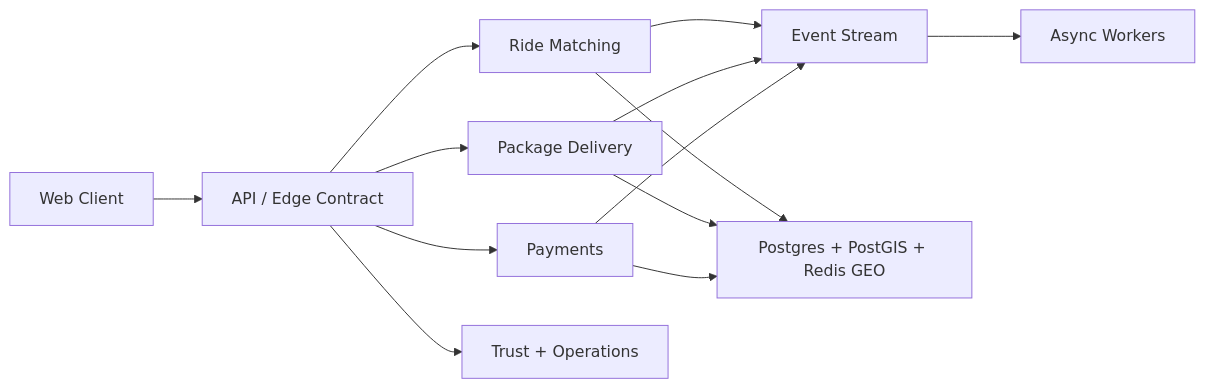
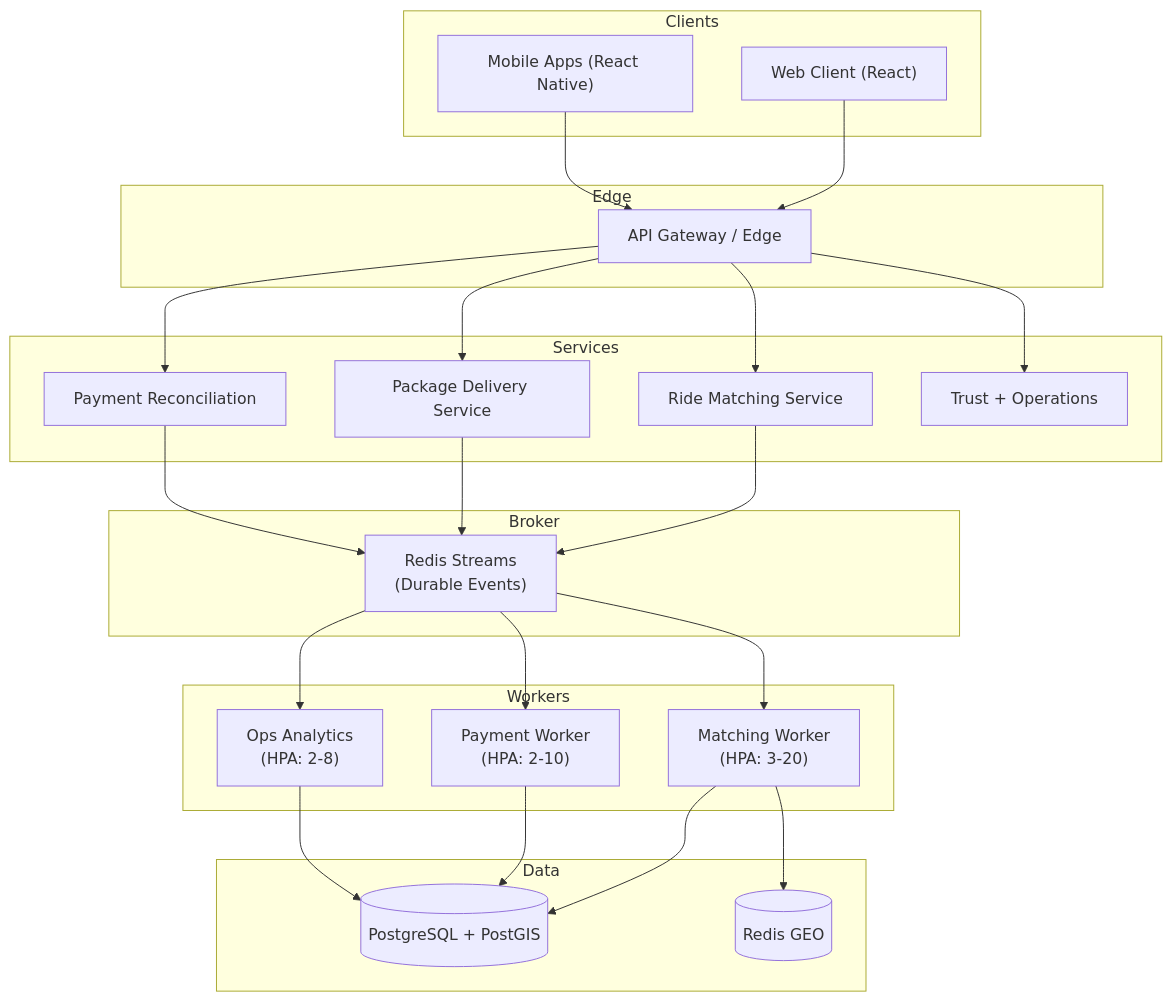
Before and after one commit to Wasel-Smart/Wasel-Ride-Package-Sharing: the diagram in README.md, drawn with Mermaid. The commit also changed other lines of this file and 10 other files, not shown here.

````diff
--- a/README.md
+++ b/README.md
@@ -27,15 +44,53 @@
 ```mermaid
-flowchart LR
-  Web["Web Client"] --> Edge["API / Edge Contract"]
-  Edge --> Ride["Ride Matching"]
-  Edge --> Package["Package Delivery"]
-  Edge --> Payment["Payments"]
-  Edge --> Trust["Trust + Operations"]
-  Ride --> Events["Event Stream"]
-  Package --> Events
-  Payment --> Events
-  Events --> Workers["Async Workers"]
-  Ride --> Data["Postgres + PostGIS + Redis GEO"]
-  Package --> Data
-  Payment --> Data
+flowchart TB
+  subgraph Clients
+    Web["Web Client (React)"]
+    Mobile["Mobile Apps (React Native)"]
+  end
+  
+  subgraph Edge
+    Gateway["API Gateway / Edge"]
+  end
+  
+  subgraph Services
+    Ride["Ride Matching Service"]
+    Package["Package Delivery Service"]
+    Payment["Payment Reconciliation"]
+    Trust["Trust + Operations"]
+  end
+  
+  subgraph Broker
+    Redis["Redis Streams\n(Durable Events)"]
+  end
+  
+  subgraph Workers
+    MatchWorker["Matching Worker\n(HPA: 3-20)"]
+    PayWorker["Payment Worker\n(HPA: 2-10)"]
+    OpsWorker["Ops Analytics\n(HPA: 2-8)"]
+  end
+  
+  subgraph Data
+    DB[("PostgreSQL + PostGIS")]
+    GeoCache[("Redis GEO")]
+  end
+  
+  Web --> Gateway
+  Mobile --> Gateway
+  Gateway --> Ride
+  Gateway --> Package
+  Gateway --> Payment
+  Gateway --> Trust
+  
+  Ride --> Redis
+  Package --> Redis
+  Payment --> Redis
+  
+  Redis --> MatchWorker
+  Redis --> PayWorker
+  Redis --> OpsWorker
+  
+  MatchWorker --> DB
+  MatchWorker --> GeoCache
+  PayWorker --> DB
+  OpsWorker --> DB
 ```
````
